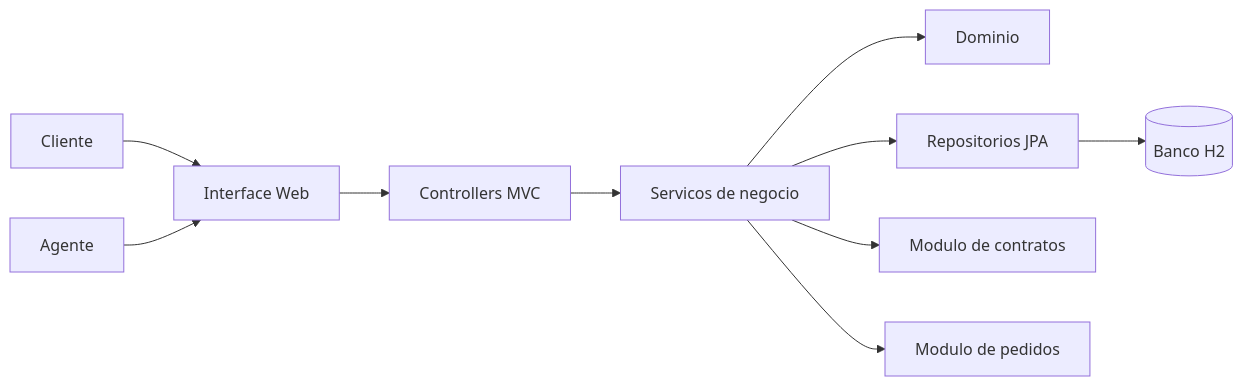
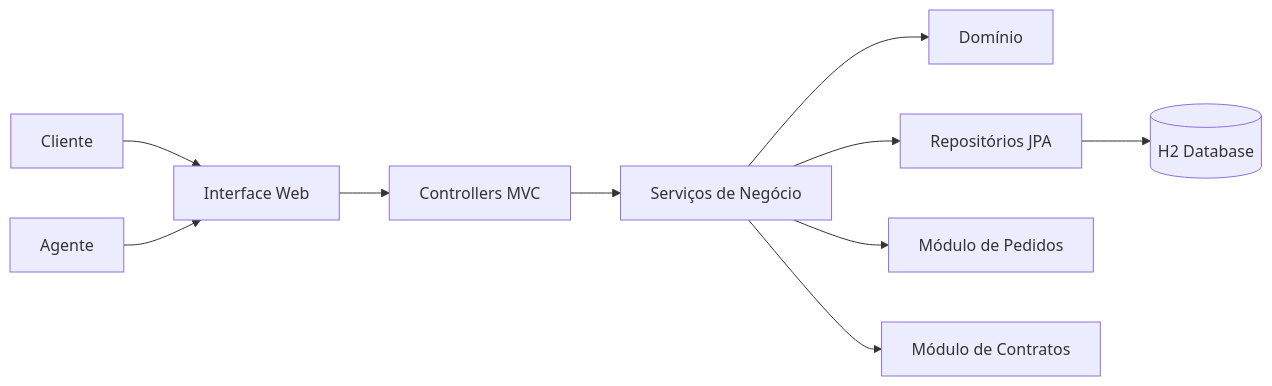
Before and after one commit to jrcfxx/SistemaAluguelCarros: the first of 3 diagrams in README.md, drawn with Mermaid. The commit also changed other lines of this file, not shown here.

````diff
--- a/README.md
+++ b/README.md
@@ -49,12 +91,12 @@
 ```mermaid
 flowchart LR
-    C[Cliente] --> W[Interface Web]
-    A[Agente] --> W
-    W --> CTRL[Controllers MVC]
-    CTRL --> SVC[Servicos de negocio]
-    SVC --> DOM[Dominio]
-    SVC --> REP[Repositorios JPA]
-    REP --> DB[(Banco H2)]
-    SVC --> CTR[Modulo de contratos]
-    SVC --> PED[Modulo de pedidos]
+    Cliente[Cliente] --> Web[Interface Web]
+    Agente[Agente] --> Web
+    Web --> Controllers[Controllers MVC]
+    Controllers --> Services[Serviços de Negócio]
+    Services --> Dominio[Domínio]
+    Services --> Repositorios[Repositórios JPA]
+    Repositorios --> Banco[(H2 Database)]
+    Services --> Pedidos[Módulo de Pedidos]
+    Services --> Contratos[Módulo de Contratos]
 ```
````
